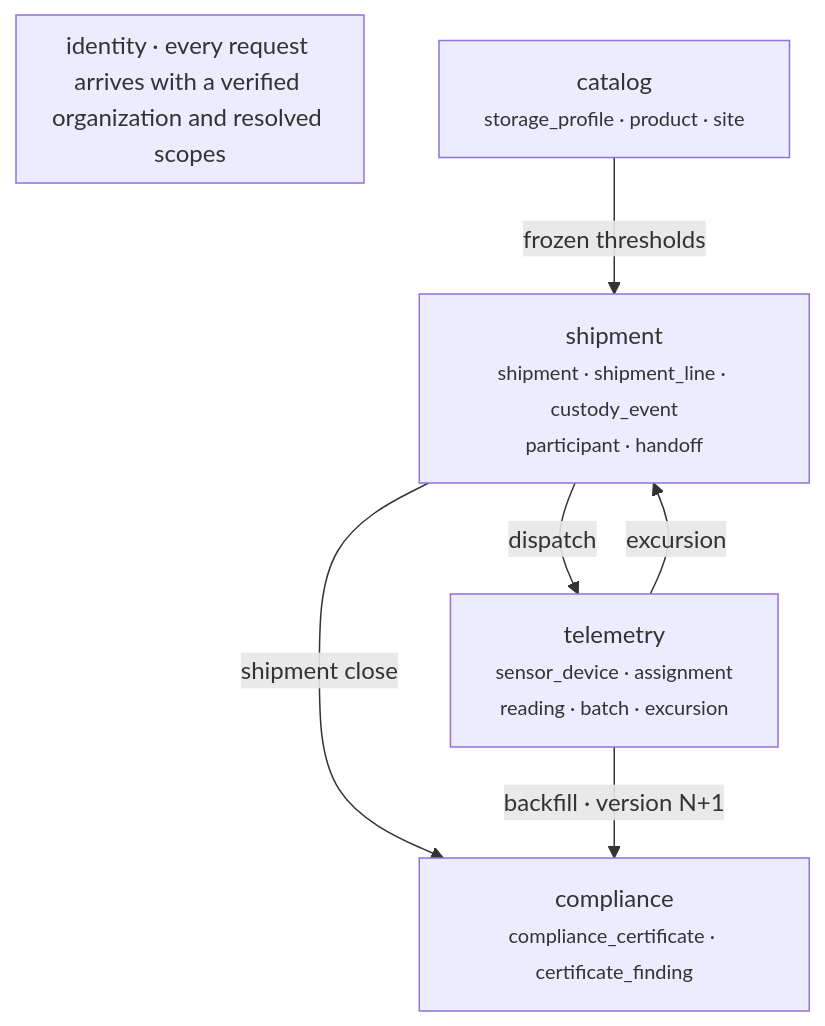
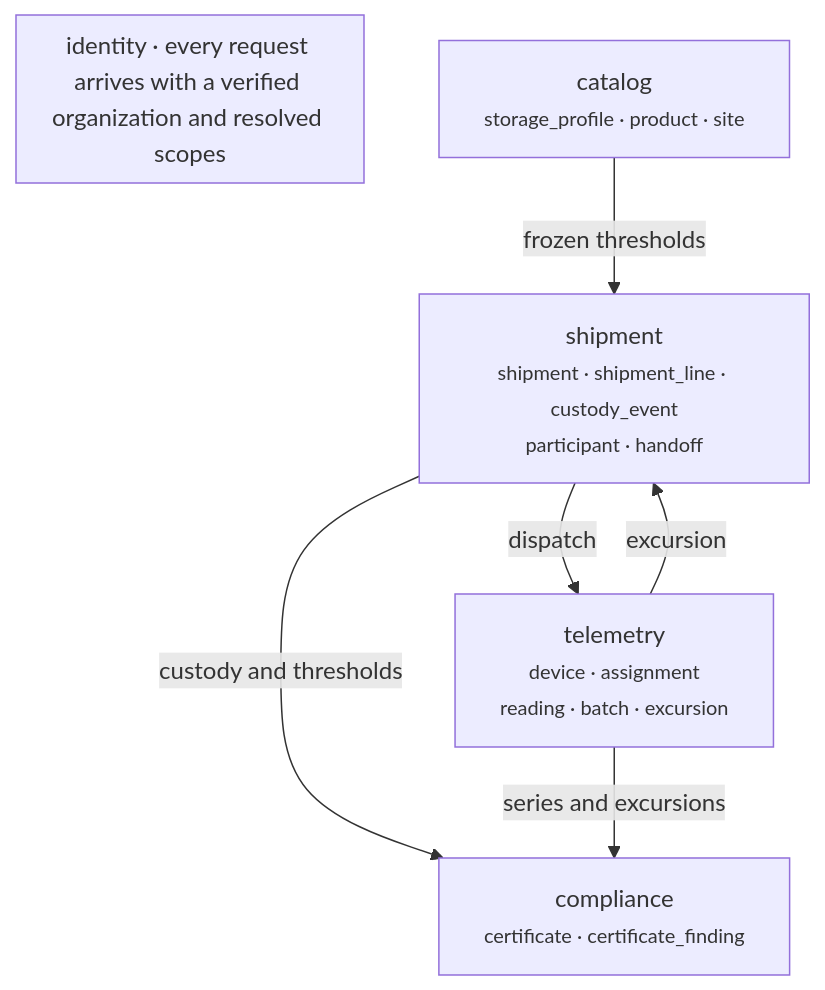
The first of 7 diagrams in docs/specification.md (jorge-lherrera/coldchain-api), drawn with Mermaid before and after one commit. The commit also changed other lines of this file and 4 other files, not shown here.

````diff
--- a/docs/specification.md
+++ b/docs/specification.md
@@ -22,15 +23,15 @@
 ```mermaid
 flowchart TB
   subgraph base["identity · every request arrives with a verified organization and resolved scopes"]
   end
   catalog["catalog<br/><small>storage_profile · product · site</small>"]
   shipment["shipment<br/><small>shipment · shipment_line · custody_event<br/>participant · handoff</small>"]
-  telemetry["telemetry<br/><small>sensor_device · assignment<br/>reading · batch · excursion</small>"]
-  compliance["compliance<br/><small>compliance_certificate · certificate_finding</small>"]
+  telemetry["telemetry<br/><small>device · assignment<br/>reading · batch · excursion</small>"]
+  compliance["compliance<br/><small>certificate · certificate_finding</small>"]
 
   catalog -- "frozen thresholds" --> shipment
   shipment -- "dispatch" --> telemetry
   telemetry -- "excursion" --> shipment
-  shipment -- "shipment close" --> compliance
-  telemetry -- "backfill · version N+1" --> compliance
+  shipment -- "custody and thresholds" --> compliance
+  telemetry -- "series and excursions" --> compliance
 ```
````
